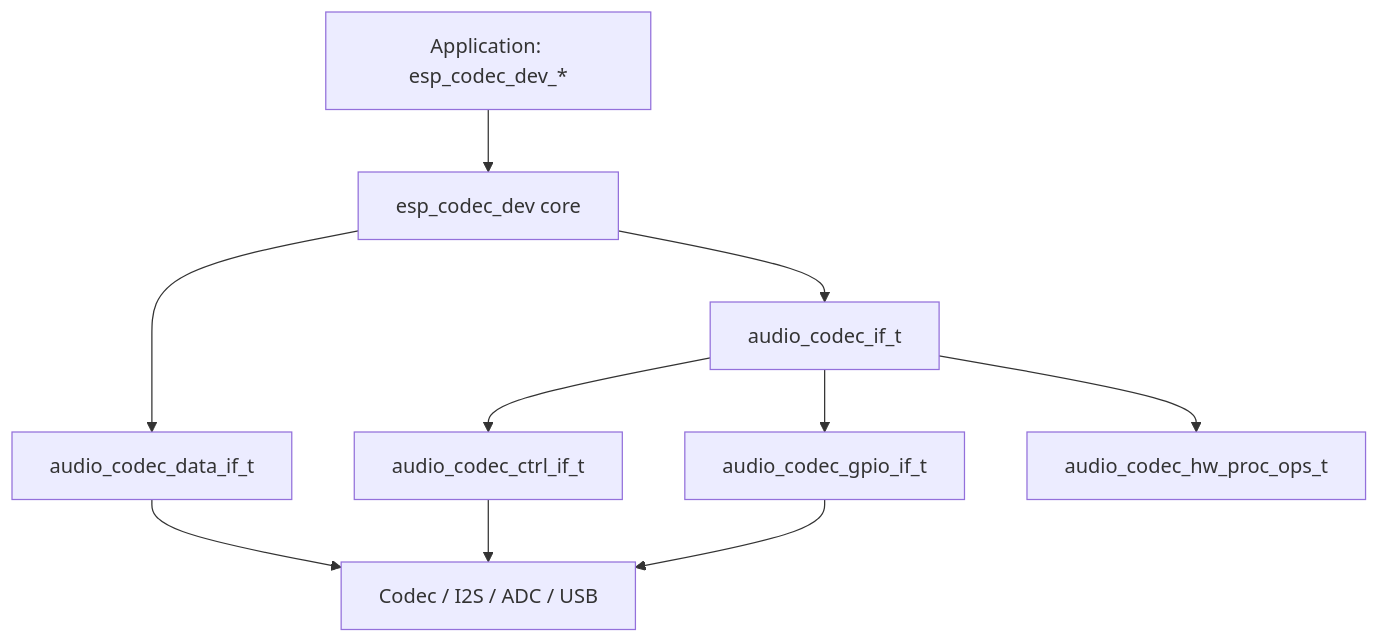
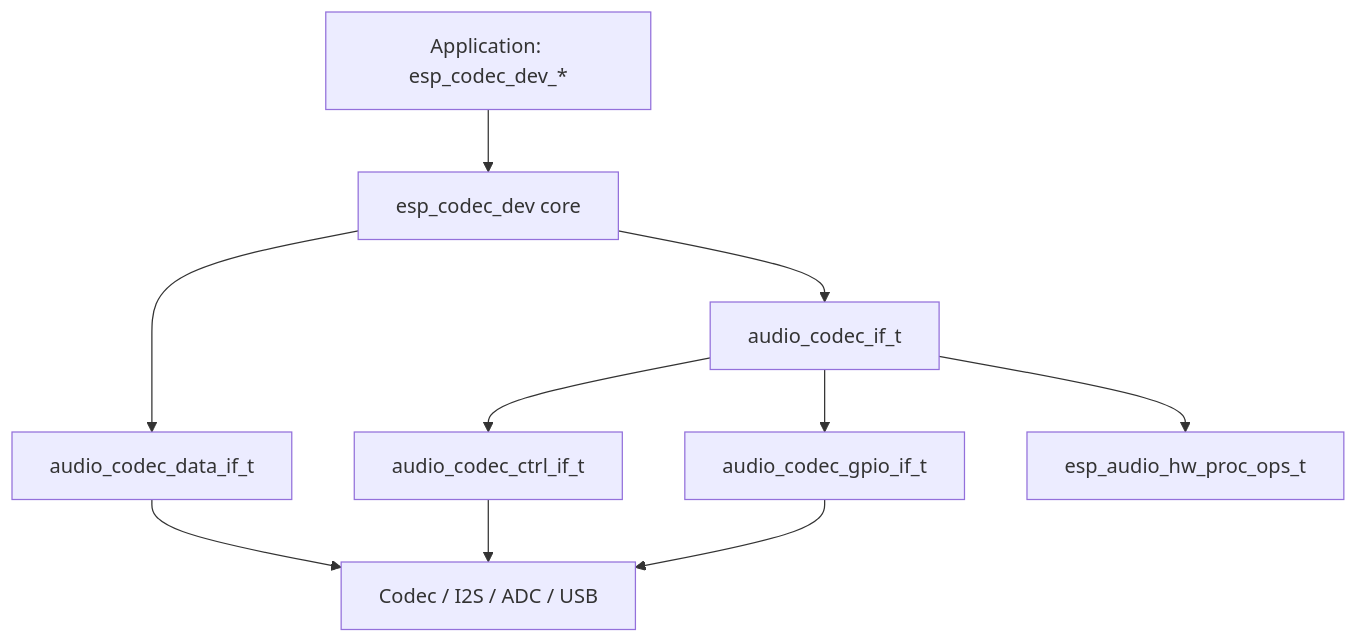
The second of 2 diagrams in esp_codec_dev/README.md (espressif/esp-audio-dev), drawn with Mermaid before and after one commit. The commit also changed other lines of this file and 51 other files, not shown here.

Commit message:
feat(esp_codec_dev): Rework hw_proc APIs to use codec device handle

````diff
--- a/esp_codec_dev/README.md
+++ b/esp_codec_dev/README.md
@@ -101,21 +101,21 @@
 ```mermaid
 flowchart TB
     App["Application: esp_codec_dev_*"]
     Dev["esp_codec_dev core"]
     CodecIf["audio_codec_if_t"]
     DataIf["audio_codec_data_if_t"]
     CtrlIf["audio_codec_ctrl_if_t"]
     GpioIf["audio_codec_gpio_if_t"]
-    HwProc["audio_codec_hw_proc_ops_t"]
+    HwProc["esp_audio_hw_proc_ops_t"]
     HW["Codec / I2S / ADC / USB"]
 
     App --> Dev
     Dev --> CodecIf
     Dev --> DataIf
     CodecIf --> CtrlIf
     CodecIf --> GpioIf
     CodecIf --> HwProc
     DataIf --> HW
     CtrlIf --> HW
     GpioIf --> HW
 ```
````
